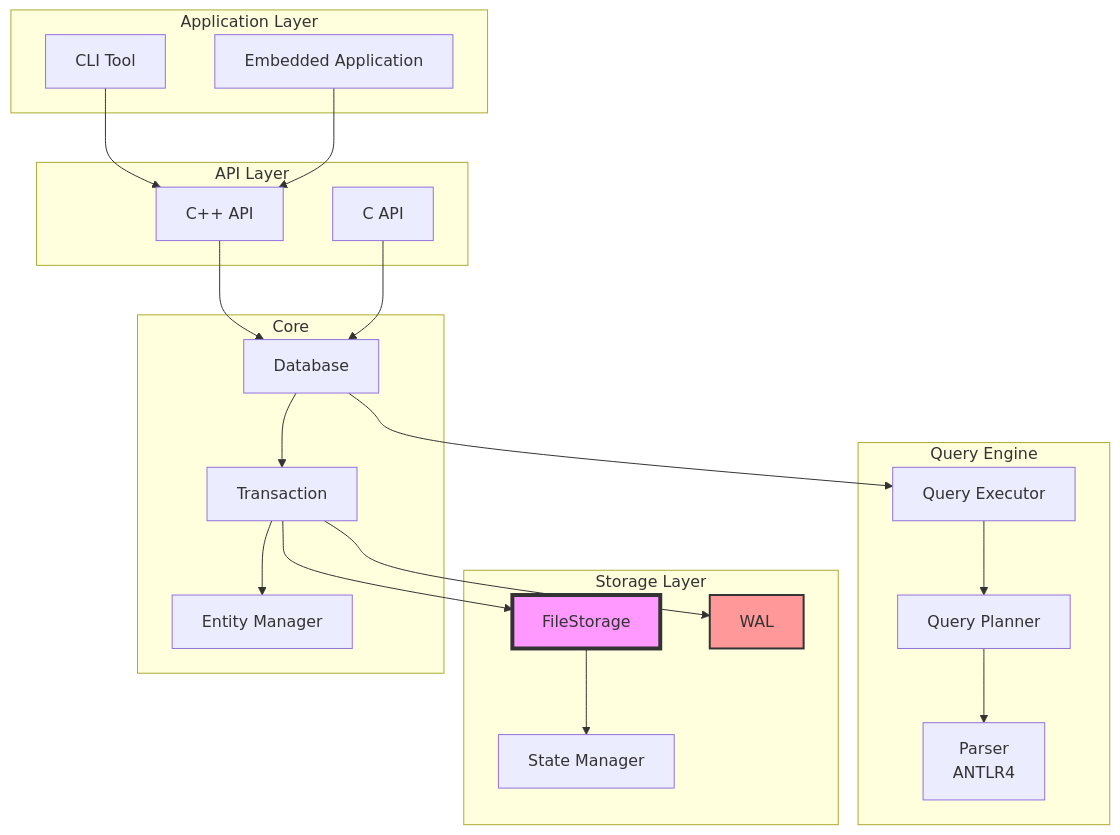
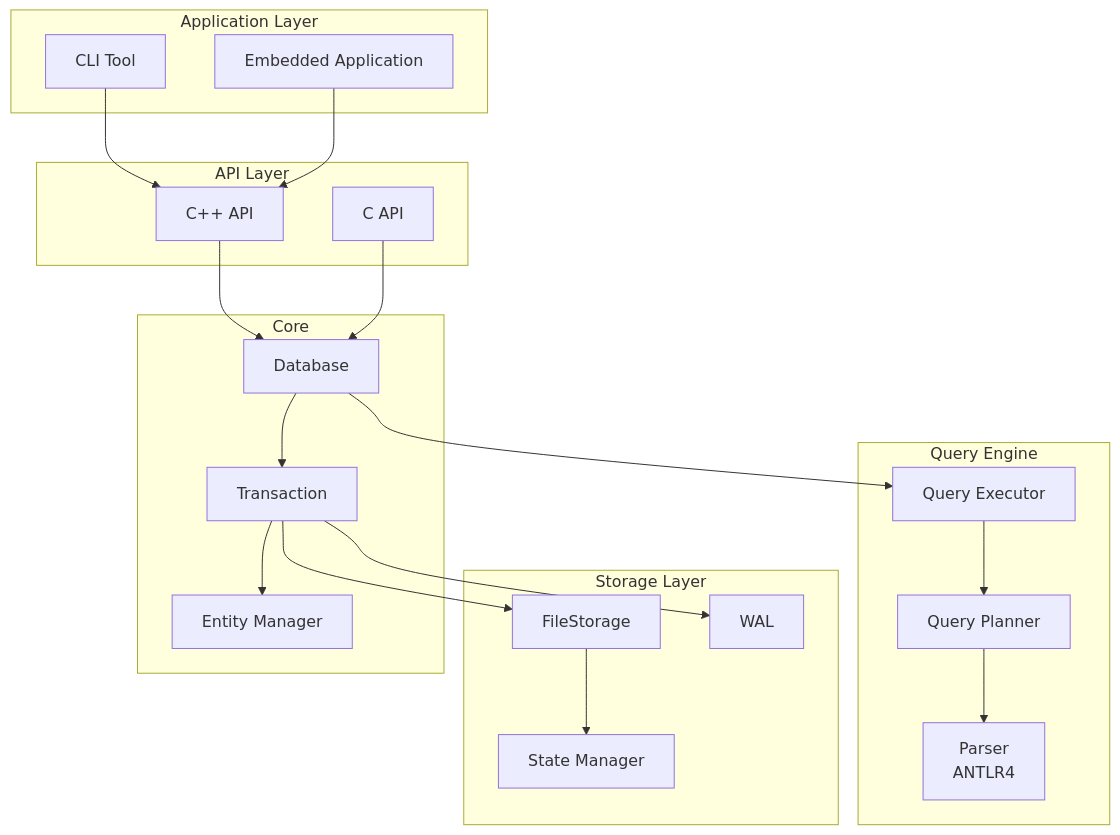
Before and after one commit to nexepic/zyx: the first of 2 diagrams in docs/en/architecture/overview.md, drawn with Mermaid. The commit also changed 165 other files, not shown here.

````diff
--- a/docs/en/architecture/overview.md
+++ b/docs/en/architecture/overview.md
@@ -7,49 +7,46 @@
 ```mermaid
 graph TB
     subgraph "Application Layer"
         CLI[CLI Tool]
         APP[Embedded Application]
     end
 
     subgraph "API Layer"
         CPP[C++ API]
         CA[C API]
     end
 
     subgraph "Query Engine"
         P[Parser<br/>ANTLR4]
         QP[Query Planner]
         QE[Query Executor]
     end
 
     subgraph "Storage Layer"
         FS[FileStorage]
         WAL[WAL]
         SM[State Manager]
     end
 
     subgraph "Core"
         DB[Database]
         TX[Transaction]
         ENT[Entity Manager]
     end
 
     CLI --> CPP
     APP --> CPP
     CPP --> DB
     CA --> DB
 
     DB --> TX
     DB --> QE
     TX --> ENT
 
     QE --> QP
     QP --> P
 
     TX --> FS
     TX --> WAL
     FS --> SM
-
-    style FS fill:#f9f,stroke:#333,stroke-width:4px
-    style WAL fill:#f99,stroke:#333,stroke-width:2px
 ```
````
